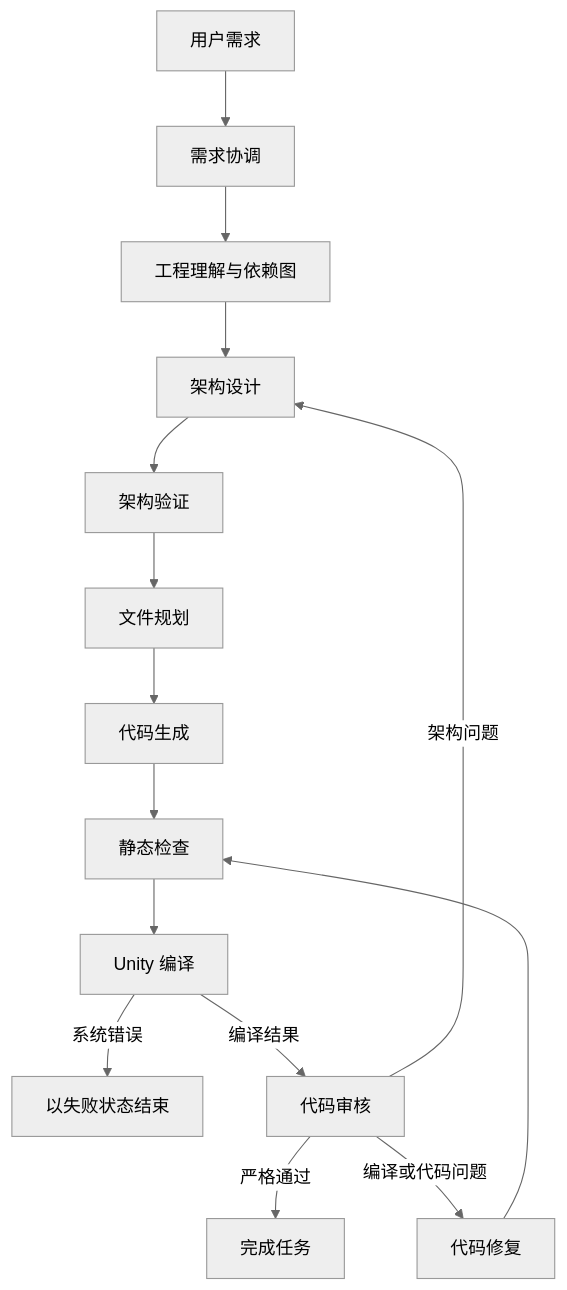
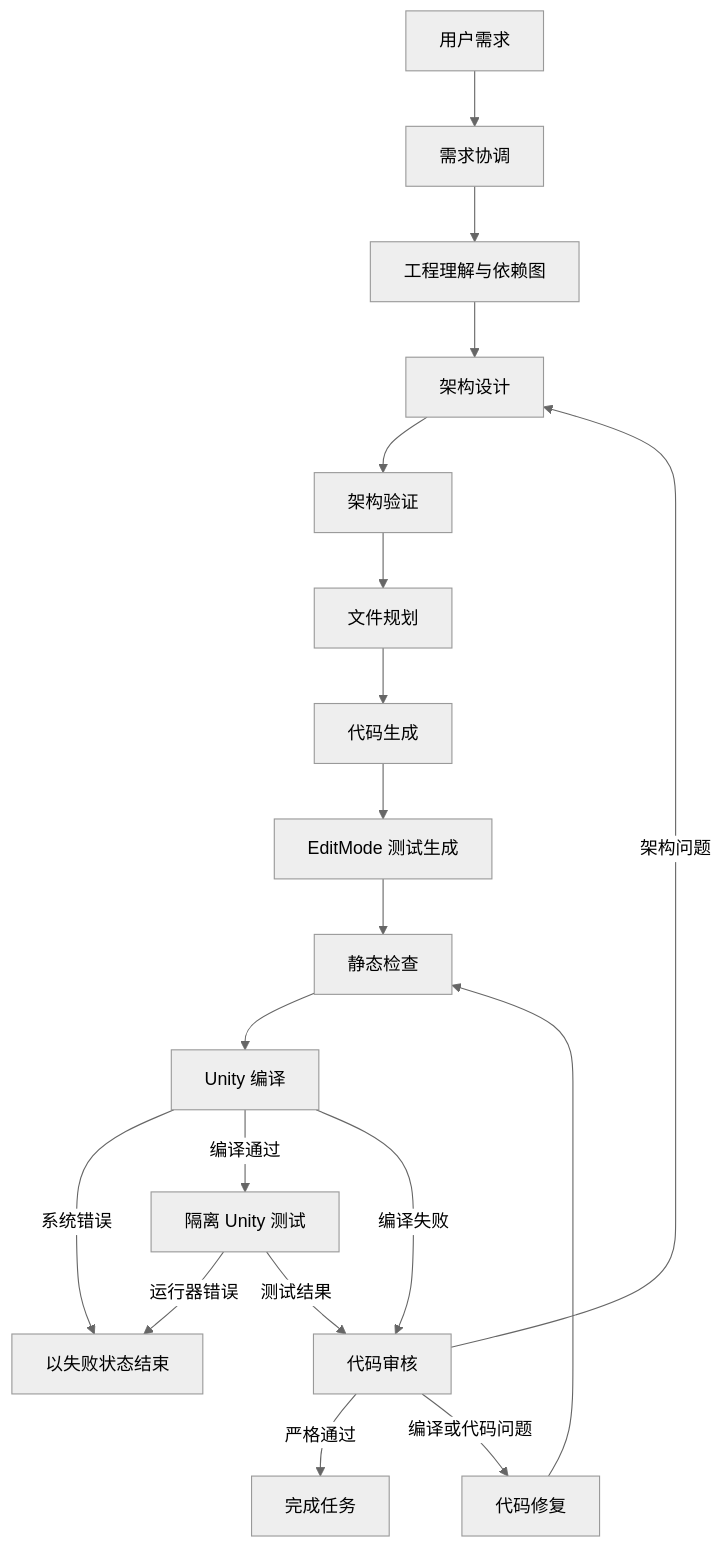
Before and after one commit to MaddieMo1/LangGraph-Coding-Agent: the diagram in README.md, drawn with Mermaid (neutral theme). The commit also changed other lines of this file and 19 other files, not shown here.

````diff
--- a/README.md
+++ b/README.md
@@ -88,17 +91,21 @@
 ```mermaid
 flowchart TD
     A[用户需求] --> B[需求协调]
     B --> P[工程理解与依赖图]
     P --> C[架构设计]
     C --> D[架构验证]
     D --> E[文件规划]
     E --> F[代码生成]
-    F --> G[静态检查]
+    F --> T[EditMode 测试生成]
+    T --> G[静态检查]
     G --> H[Unity 编译]
     H -->|系统错误| Z[以失败状态结束]
-    H -->|编译结果| I[代码审核]
+    H -->|编译通过| U[隔离 Unity 测试]
+    H -->|编译失败| I[代码审核]
+    U -->|运行器错误| Z
+    U -->|测试结果| I
     I -->|严格通过| J[完成任务]
     I -->|编译或代码问题| K[代码修复]
     I -->|架构问题| C
     K --> G
 ```
````
